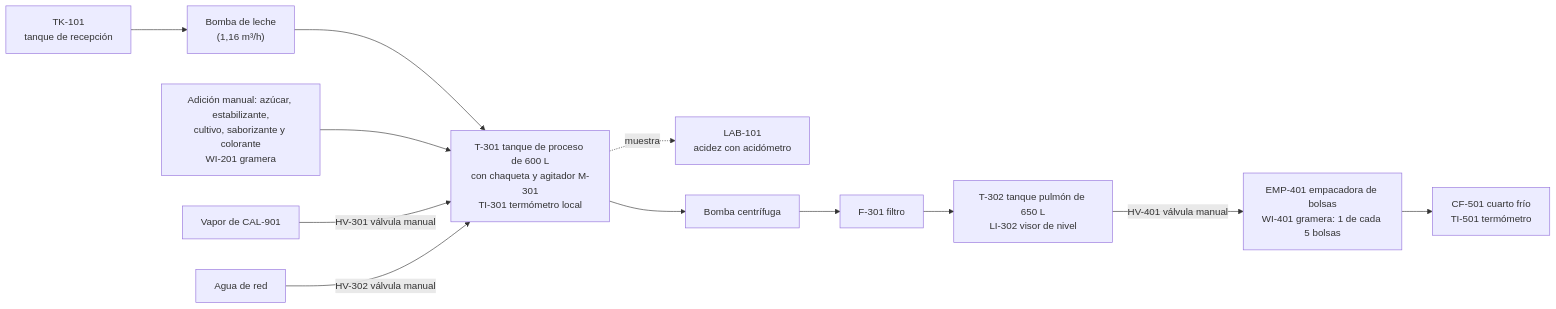
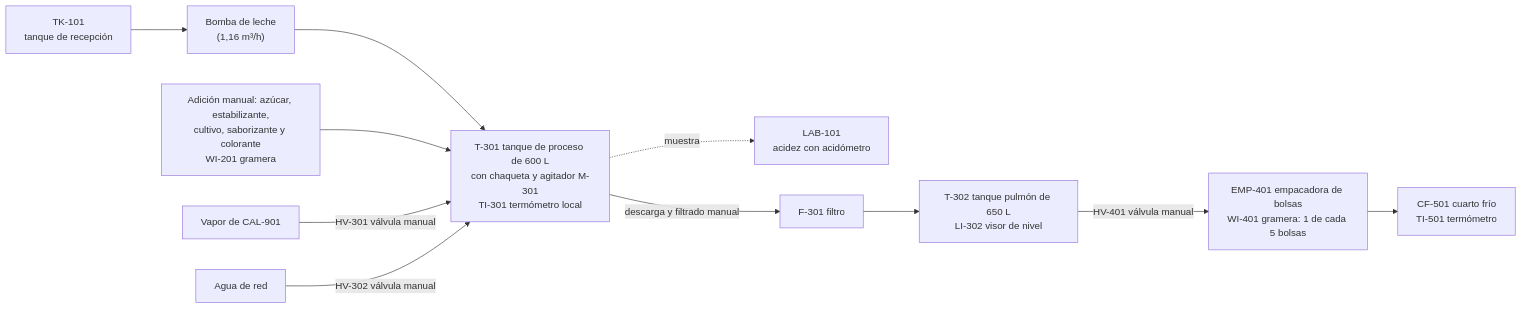
One commit to dcortesav/Cremia-Automations changed the second of 2 diagrams in 2-gestion-y-evaluacion-de-la-produccion/Insumo - Tiempos y capacidades de la línea de yogur.md. Above: the diagram before and after it, drawn with Mermaid. The commit also changed other lines of this file, not shown here.

````diff
--- a/2-gestion-y-evaluacion-de-la-produccion/Insumo - Tiempos y capacidades de la línea de yogur.md
+++ b/2-gestion-y-evaluacion-de-la-produccion/Insumo - Tiempos y capacidades de la línea de yogur.md
@@ -79,11 +79,11 @@
 ```mermaid
 flowchart LR
     TK101["TK-101<br/>tanque de recepción"] --> P101["Bomba de leche<br/>(1,16 m³/h)"] --> T301["T-301 tanque de proceso de 600 L<br/>con chaqueta y agitador M-301<br/>TI-301 termómetro local"]
     MAN["Adición manual: azúcar, estabilizante,<br/>cultivo, saborizante y colorante<br/>WI-201 gramera"] --> T301
     VAP["Vapor de CAL-901"] -->|HV-301 válvula manual| T301
     AGUA["Agua de red"] -->|HV-302 válvula manual| T301
     T301 -.->|muestra| LAB["LAB-101<br/>acidez con acidómetro"]
-    T301 --> P301["Bomba centrífuga"] --> F301["F-301 filtro"] --> T302["T-302 tanque pulmón de 650 L<br/>LI-302 visor de nivel"]
+    T301 -->|descarga y filtrado manual| F301["F-301 filtro"] --> T302["T-302 tanque pulmón de 650 L<br/>LI-302 visor de nivel"]
     T302 -->|HV-401 válvula manual| EMP["EMP-401 empacadora de bolsas<br/>WI-401 gramera: 1 de cada 5 bolsas"]
     EMP --> CF["CF-501 cuarto frío<br/>TI-501 termómetro"]
 ```
````
